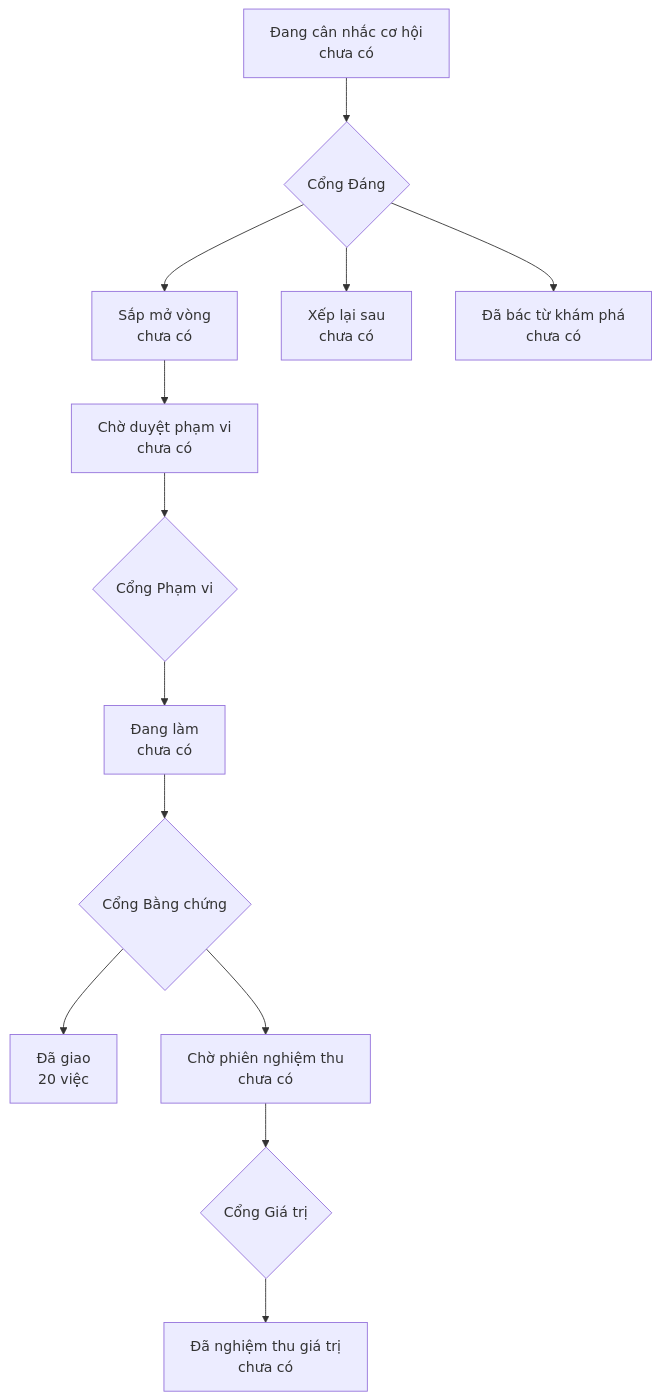
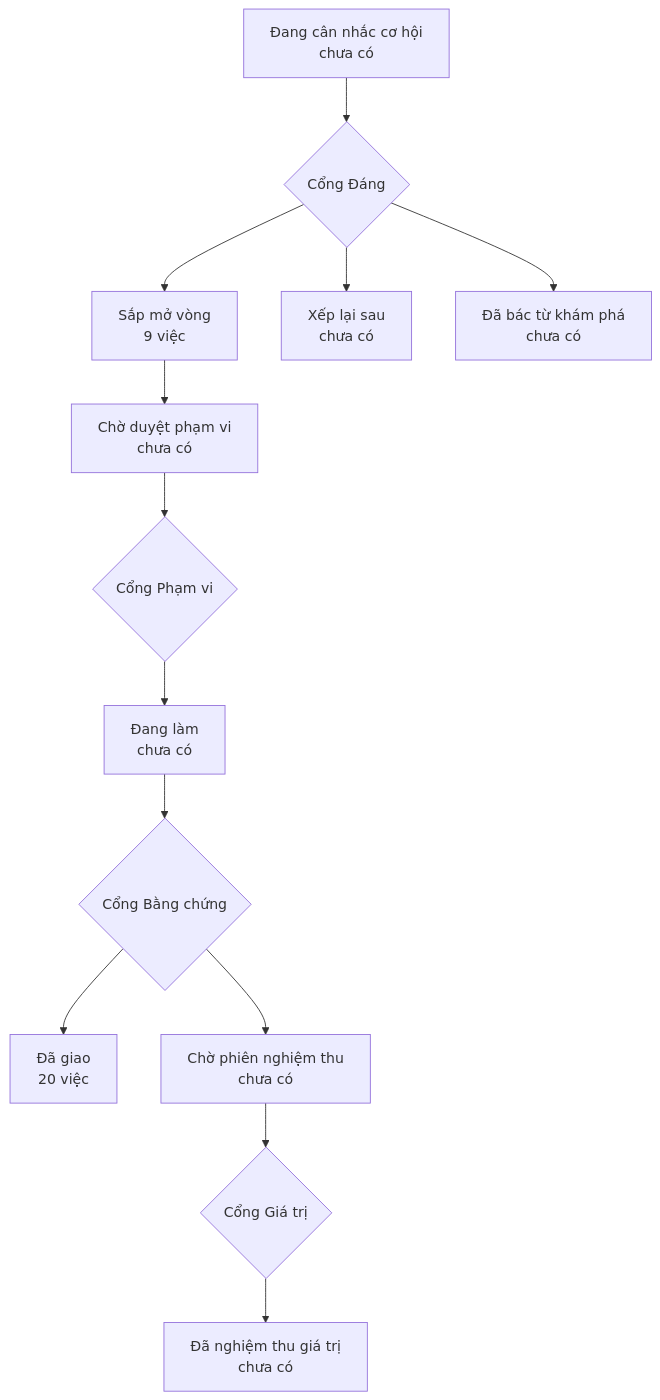
Before and after one commit to phanlemanh/onehub-invest: the diagram in PRODUCT-MAP.md, drawn with Mermaid. The commit also changed other lines of this file and 1 other file, not shown here.

````diff
--- a/PRODUCT-MAP.md
+++ b/PRODUCT-MAP.md
@@ -7,12 +7,12 @@
 ```mermaid
 flowchart TD
   A["Đang cân nhắc cơ hội<br/>chưa có"] --> GD{"Cổng Đáng"}
-  GD --> B["Sắp mở vòng<br/>chưa có"]
+  GD --> B["Sắp mở vòng<br/>9 việc"]
   GD --> XL["Xếp lại sau<br/>chưa có"]
   GD --> DB["Đã bác từ khám phá<br/>chưa có"]
   B --> CD["Chờ duyệt phạm vi<br/>chưa có"] --> GP{"Cổng Phạm vi"}
   GP --> DL["Đang làm<br/>chưa có"] --> GB{"Cổng Bằng chứng"}
   GB --> DG["Đã giao<br/>20 việc"]
   GB --> CN["Chờ phiên nghiệm thu<br/>chưa có"] --> GG{"Cổng Giá trị"}
   GG --> NT["Đã nghiệm thu giá trị<br/>chưa có"]
 ```
````
